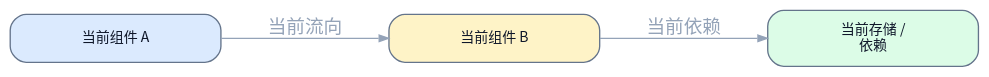
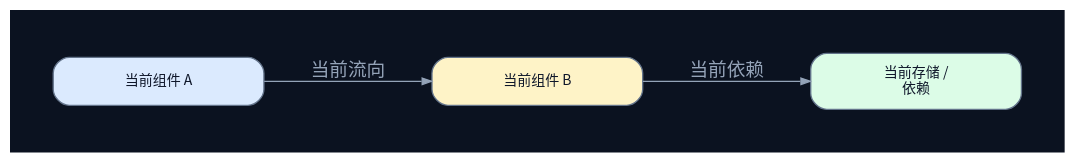
One commit to terencefan/inority-workspace changed the first of 3 diagrams in skills/runbook/references/assets/authority-runbook-template.md. Above: the diagram before and after it, drawn with Graphviz. The commit also changed other lines of this file and 45 other files, not shown here.

````diff
--- a/skills/runbook/references/assets/authority-runbook-template.md
+++ b/skills/runbook/references/assets/authority-runbook-template.md
@@ -19,14 +19,14 @@
 ```dot
 digraph current {
-  graph [rankdir=LR, bgcolor="transparent", pad="0.45", nodesep="0.7", ranksep="0.95", fontname="Noto Sans CJK SC"];
+  graph [rankdir=LR, bgcolor="#0b1220", pad="0.45", nodesep="0.7", ranksep="0.95", fontname="Noto Sans CJK SC"];
   node [shape=box, style="rounded,filled", margin="0.18,0.12", width="2.2", fontname="Noto Sans CJK SC", fontsize=10.5, color="#64748b", fontcolor="#0f172a", fillcolor="#f8fafc"];
   edge [fontname="Noto Sans CJK SC", color="#94a3b8", fontcolor="#94a3b8", arrowsize="0.7"];
 
   node_a [label="当前组件 A", fillcolor="#dbeafe"];
   node_b [label="当前组件 B", fillcolor="#fef3c7"];
   node_c [label="当前存储 /\n依赖", fillcolor="#dcfce7"];
 
   node_a -> node_b [label="当前流向"];
   node_b -> node_c [label="当前依赖"];
 }
 ```
````
